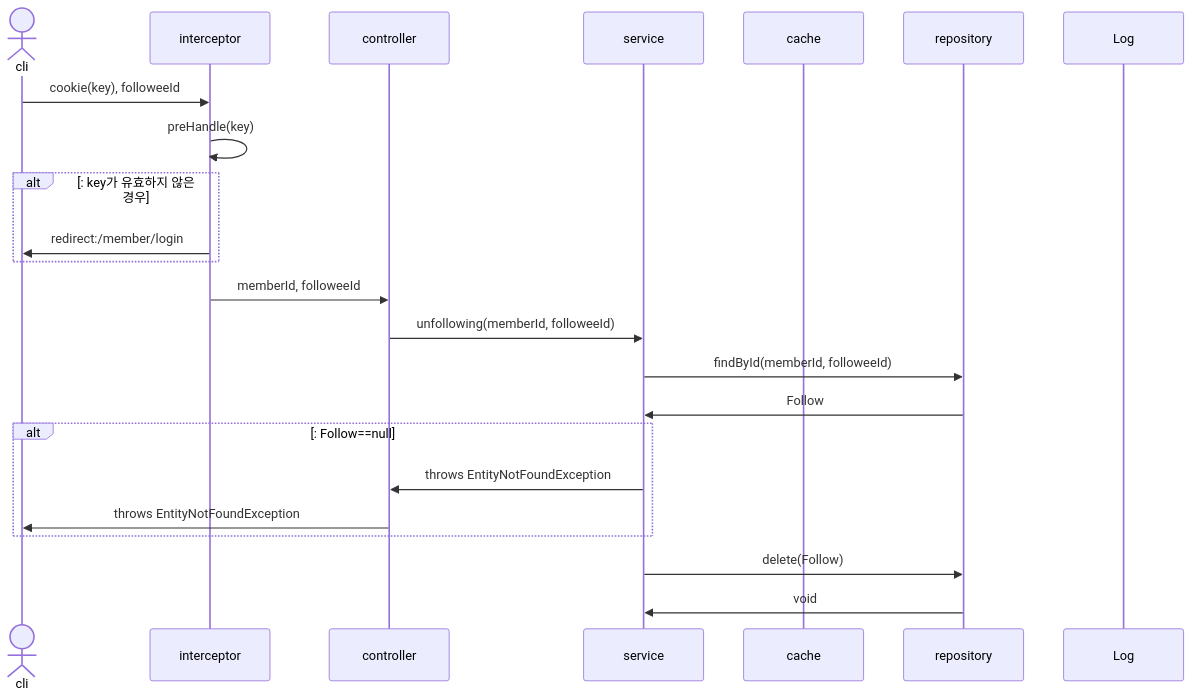
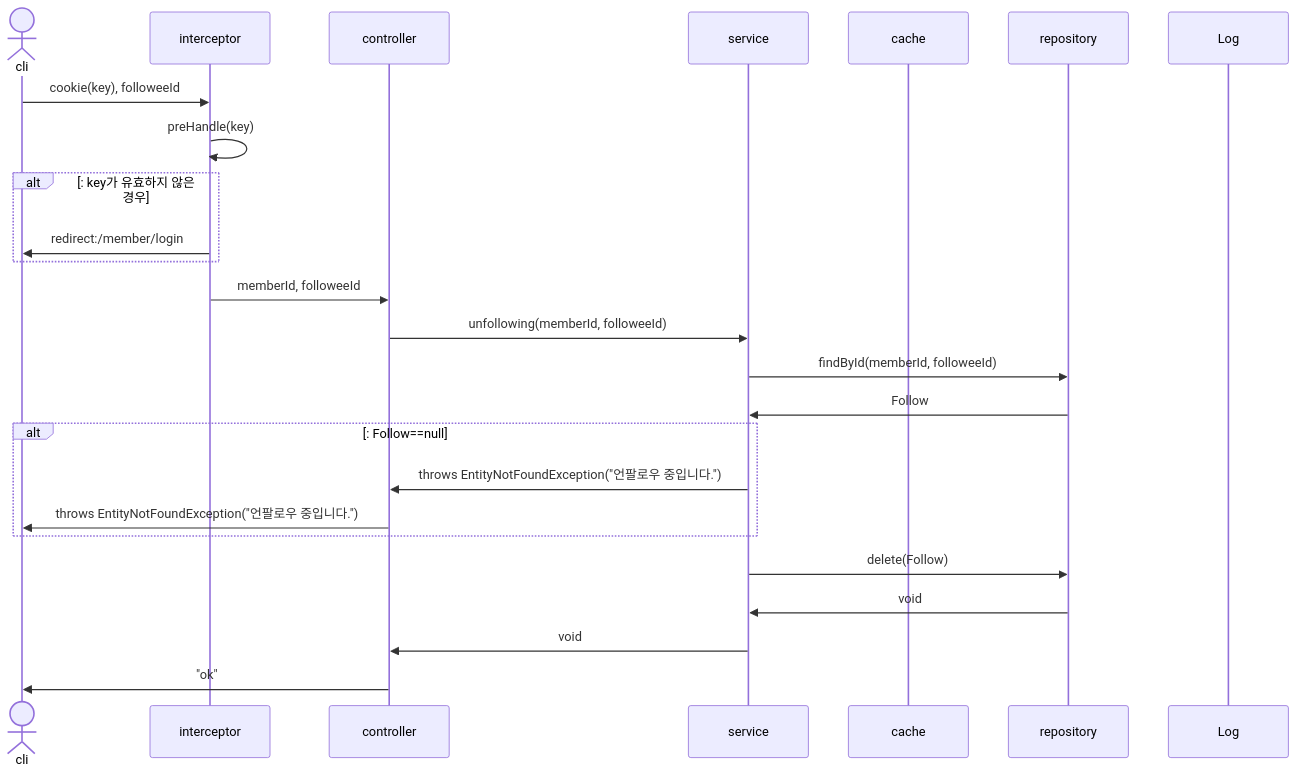
The second of 36 diagrams in sequence.md (mtak0235/snsX), drawn with Mermaid before and after one commit. The commit also changed other lines of this file and 6 other files, not shown here.

````diff
--- a/sequence.md
+++ b/sequence.md
@@ -31,27 +31,29 @@
 ```mermaid
 sequenceDiagram
 actor cli
 participant i as interceptor
 participant c as controller
 participant s as service
 participant ca as cache
 participant r as repository
 participant l as Log
 
 cli->>i: cookie(key), followeeId
 i->>i: preHandle(key)
 alt: key가 유효하지 않은 경우
 i->>cli: redirect:/member/login
 end
 i->>c: memberId, followeeId
 c->>s: unfollowing(memberId, followeeId)
 s->>r: findById(memberId, followeeId)
 r->>s: Follow
 alt: Follow==null
-s->>c: throws EntityNotFoundException
-c->>cli: throws EntityNotFoundException
+s->>c: throws EntityNotFoundException("언팔로우 중입니다.")
+c->>cli: throws EntityNotFoundException("언팔로우 중입니다.")
 end
 s->>r: delete(Follow)
 r->>s:void
+s->>c: void
+c->>cli: "ok"
 
 ```
````
